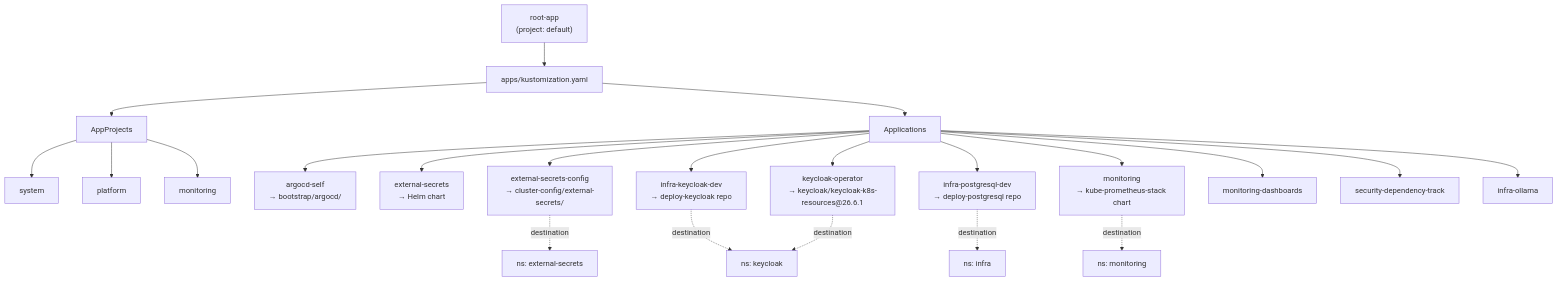
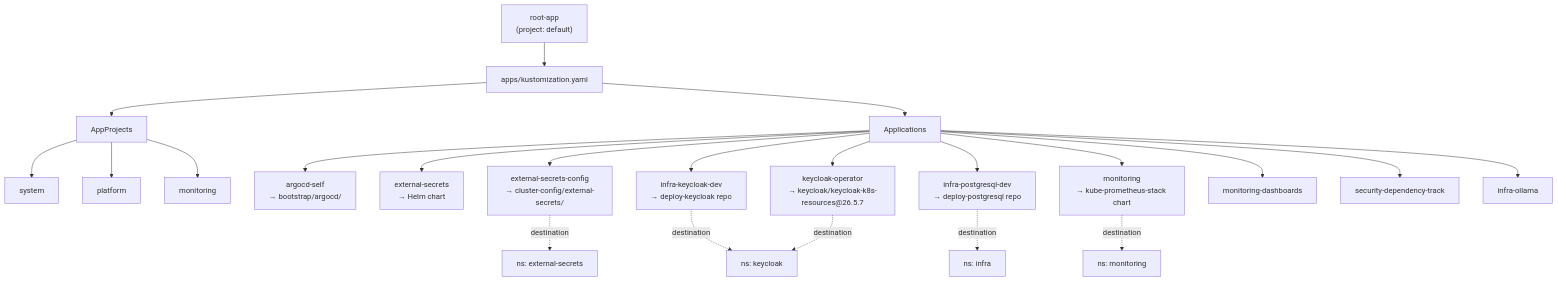
Before and after one commit to TourinhoM/deploy-argocd: the second of 3 diagrams in ARCHITECTURE.md, drawn with Mermaid. The commit also changed other lines of this file and 1 other file, not shown here.

Commit message:
docs(arch): decision log memory bump + atualizar ref de versao Keycloak

````diff
--- a/ARCHITECTURE.md
+++ b/ARCHITECTURE.md
@@ -50,29 +50,29 @@
 ```mermaid
 flowchart TD
     Root["root-app<br/>(project: default)"]
     Root --> Apps[apps/kustomization.yaml]
 
     Apps --> Projects[AppProjects]
     Apps --> Applications[Applications]
 
     Projects --> Sys[system]
     Projects --> Plat[platform]
     Projects --> Mon[monitoring]
 
     Applications --> Self["argocd-self<br/>→ bootstrap/argocd/"]
     Applications --> ESO["external-secrets<br/>→ Helm chart"]
     Applications --> ESOConfig["external-secrets-config<br/>→ cluster-config/external-secrets/"]
-    Applications --> KcOp["keycloak-operator<br/>→ keycloak/keycloak-k8s-resources@26.6.1"]
+    Applications --> KcOp["keycloak-operator<br/>→ keycloak/keycloak-k8s-resources@26.5.7"]
     Applications --> Pg["infra-postgresql-dev<br/>→ deploy-postgresql repo"]
     Applications --> Kc["infra-keycloak-dev<br/>→ deploy-keycloak repo"]
     Applications --> MonApp["monitoring<br/>→ kube-prometheus-stack chart"]
     Applications --> MonDash["monitoring-dashboards"]
     Applications --> DT["security-dependency-track"]
     Applications --> Ollama["infra-ollama"]
 
     Pg -. "destination" .-> NsInfra[ns: infra]
     Kc -. "destination" .-> NsKc[ns: keycloak]
     KcOp -. "destination" .-> NsKc
     ESOConfig -. "destination" .-> NsES[ns: external-secrets]
     MonApp -. "destination" .-> NsMon[ns: monitoring]
 ```
````
